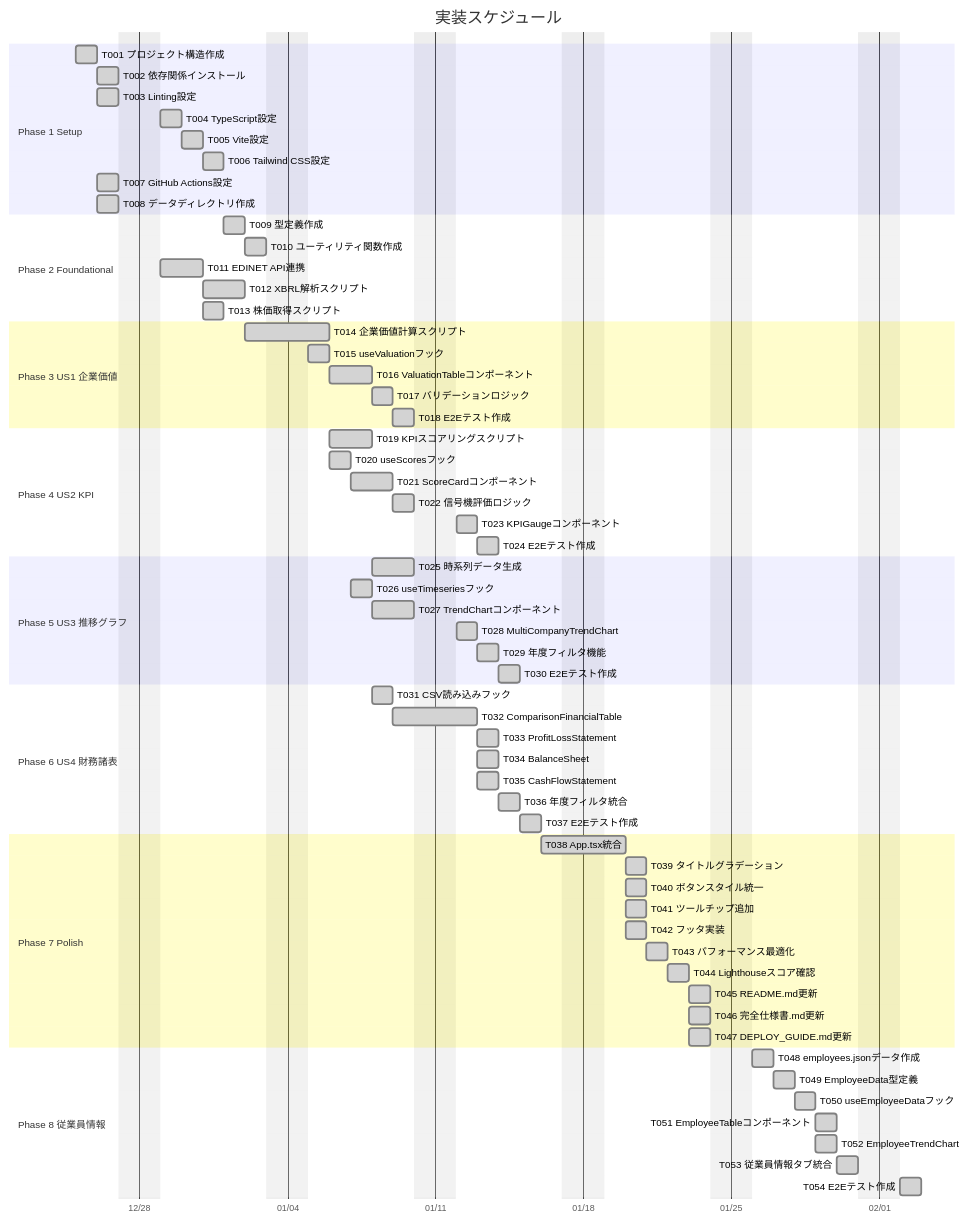
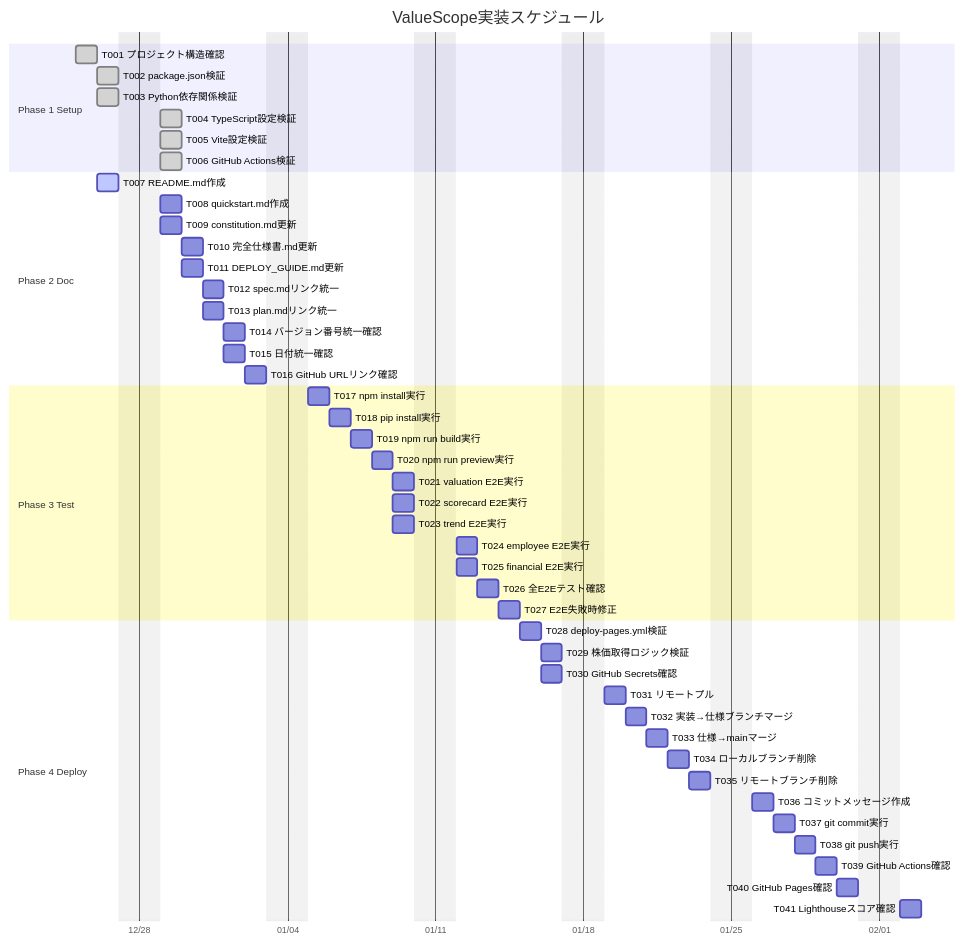
One commit to J1921604/ValueScope changed the diagram in specs/001-ValueScope/tasks.md. Above: the diagram before and after it, drawn with Mermaid. The commit also changed other lines of this file and 10 other files, not shown here.

````diff
--- a/specs/001-ValueScope/tasks.md
+++ b/specs/001-ValueScope/tasks.md
@@ -18,77 +145,56 @@
 ```mermaid
 gantt
-    title 実装スケジュール
+    title ValueScope実装スケジュール
     dateFormat YYYY-MM-DD
     axisFormat %m/%d
     excludes weekends
     
     section Phase 1 Setup
-    T001 プロジェクト構造作成           :done, p1_t001, 2025-12-25, 1d
-    T002 依存関係インストール           :done, p1_t002, after p1_t001, 1d
-    T003 Linting設定                   :done, p1_t003, after p1_t001, 1d
-    T004 TypeScript設定                :done, p1_t004, after p1_t002, 1d
-    T005 Vite設定                      :done, p1_t005, after p1_t004, 1d
-    T006 Tailwind CSS設定              :done, p1_t006, after p1_t005, 1d
-    T007 GitHub Actions設定            :done, p1_t007, after p1_t001, 1d
-    T008 データディレクトリ作成        :done, p1_t008, after p1_t001, 1d
+    T001 プロジェクト構造確認           :done, t001, 2025-12-25, 1d
+    T002 package.json検証              :done, t002, after t001, 1d
+    T003 Python依存関係検証            :done, t003, after t001, 1d
+    T004 TypeScript設定検証            :done, t004, after t002, 1d
+    T005 Vite設定検証                  :done, t005, after t002, 1d
+    T006 GitHub Actions検証            :done, t006, after t003, 1d
     
-    section Phase 2 Foundational
-    T009 型定義作成                    :done, p2_t009, after p1_t006, 1d
-    T010 ユーティリティ関数作成        :done, p2_t010, after p2_t009, 1d
-    T011 EDINET API連携                :done, p2_t011, after p1_t008, 2d
-    T012 XBRL解析スクリプト            :done, p2_t012, after p2_t011, 2d
-    T013 株価取得スクリプト            :done, p2_t013, after p2_t011, 1d
+    section Phase 2 Doc
+    T007 README.md作成                 :active, t007, 2025-12-26, 1d
+    T008 quickstart.md作成             :t008, after t007, 1d
+    T009 constitution.md更新           :t009, after t007, 1d
+    T010 完全仕様書.md更新             :t010, after t009, 1d
+    T011 DEPLOY_GUIDE.md更新           :t011, after t009, 1d
+    T012 spec.mdリンク統一             :t012, after t010, 0.5d
+    T013 plan.mdリンク統一             :t013, after t010, 0.5d
+    T014 バージョン番号統一確認        :t014, after t013, 0.5d
+    T015 日付統一確認                  :t015, after t013, 0.5d
+    T016 GitHub URLリンク確認          :t016, after t015, 1d
     
-    section Phase 3 US1 企業価値
-    T014 企業価値計算スクリプト        :done, p3_t014, after p2_t012, 2d
-    T015 useValuationフック            :done, p3_t015, after p2_t010, 1d
-    T016 ValuationTableコンポーネント  :done, p3_t016, after p3_t015, 2d
-    T017 バリデーションロジック        :done, p3_t017, after p3_t016, 1d
-    T018 E2Eテスト作成                 :done, p3_t018, after p3_t017, 1d
+    section Phase 3 Test
+    T017 npm install実行               :t017, 2026-01-05, 0.5d
+    T018 pip install実行               :t018, after t017, 0.5d
+    T019 npm run build実行             :t019, after t018, 0.5d
+    T020 npm run preview実行           :t020, after t019, 0.5d
+    T021 valuation E2E実行             :t021, after t020, 0.5d
+    T022 scorecard E2E実行             :t022, after t020, 0.5d
+    T023 trend E2E実行                 :t023, after t020, 0.5d
+    T024 employee E2E実行              :t024, after t023, 0.5d
+    T025 financial E2E実行             :t025, after t023, 0.5d
+    T026 全E2Eテスト確認               :t026, after t025, 1d
+    T027 E2E失敗時修正                 :t027, after t026, 1d
     
-    section Phase 4 US2 KPI
-    T019 KPIスコアリングスクリプト     :done, p4_t019, after p3_t014, 2d
-    T020 useScoresフック               :done, p4_t020, after p3_t015, 1d
-    T021 ScoreCardコンポーネント       :done, p4_t021, after p4_t020, 2d
-    T022 信号機評価ロジック            :done, p4_t022, after p4_t021, 1d
-    T023 KPIGaugeコンポーネント        :done, p4_t023, after p4_t022, 1d
-    T024 E2Eテスト作成                 :done, p4_t024, after p4_t023, 1d
-    
-    section Phase 5 US3 推移グラフ
-    T025 時系列データ生成              :done, p5_t025, after p4_t019, 2d
-    T026 useTimeseriesフック           :done, p5_t026, after p4_t020, 1d
-    T027 TrendChartコンポーネント      :done, p5_t027, after p5_t026, 2d
-    T028 MultiCompanyTrendChart        :done, p5_t028, after p5_t027, 1d
-    T029 年度フィルタ機能              :done, p5_t029, after p5_t028, 1d
-    T030 E2Eテスト作成                 :done, p5_t030, after p5_t029, 1d
-    
-    section Phase 6 US4 財務諸表
-    T031 CSV読み込みフック             :done, p6_t031, after p5_t026, 1d
-    T032 ComparisonFinancialTable      :done, p6_t032, after p6_t031, 2d
-    T033 ProfitLossStatement           :done, p6_t033, after p6_t032, 1d
-    T034 BalanceSheet                  :done, p6_t034, after p6_t032, 1d
-    T035 CashFlowStatement             :done, p6_t035, after p6_t032, 1d
-    T036 年度フィルタ統合              :done, p6_t036, after p6_t035, 1d
-    T037 E2Eテスト作成                 :done, p6_t037, after p6_t036, 1d
-    
-    section Phase 7 Polish
-    T038 App.tsx統合                   :done, p7_t038, after p6_t037, 2d
-    T039 タイトルグラデーション        :done, p7_t039, after p7_t038, 1d
-    T040 ボタンスタイル統一            :done, p7_t040, after p7_t038, 1d
-    T041 ツールチップ追加              :done, p7_t041, after p7_t038, 1d
-    T042 フッタ実装                    :done, p7_t042, after p7_t038, 1d
-    T043 パフォーマンス最適化          :done, p7_t043, after p7_t042, 1d
-    T044 Lighthouseスコア確認          :done, p7_t044, after p7_t043, 1d
-    T045 README.md更新                 :done, p7_t045, after p7_t044, 1d
-    T046 完全仕様書.md更新             :done, p7_t046, after p7_t044, 1d
-    T047 DEPLOY_GUIDE.md更新           :done, p7_t047, after p7_t044, 1d
-    
-    section Phase 8 従業員情報
-    T048 employees.jsonデータ作成      :done, p8_t048, after p7_t047, 1d
-    T049 EmployeeData型定義            :done, p8_t049, after p8_t048, 1d
-    T050 useEmployeeDataフック         :done, p8_t050, after p8_t049, 1d
-    T051 EmployeeTableコンポーネント   :done, p8_t051, after p8_t050, 1d
-    T052 EmployeeTrendChart            :done, p8_t052, after p8_t050, 1d
-    T053 従業員情報タブ統合            :done, p8_t053, after p8_t052, 1d
-    T054 E2Eテスト作成                 :done, p8_t054, after p8_t053, 1d
+    section Phase 4 Deploy
+    T028 deploy-pages.yml検証          :t028, after t027, 0.5d
+    T029 株価取得ロジック検証          :t029, after t028, 0.5d
+    T030 GitHub Secrets確認            :t030, after t028, 0.5d
+    T031 リモートプル                  :t031, after t030, 0.5d
+    T032 実装→仕様ブランチマージ      :t032, after t031, 0.5d
+    T033 仕様→mainマージ               :t033, after t032, 0.5d
+    T034 ローカルブランチ削除          :t034, after t033, 0.5d
+    T035 リモートブランチ削除          :t035, after t034, 0.5d
+    T036 コミットメッセージ作成        :t036, after t035, 0.5d
+    T037 git commit実行                :t037, after t036, 0.5d
+    T038 git push実行                  :t038, after t037, 0.5d
+    T039 GitHub Actions確認            :t039, after t038, 1d
+    T040 GitHub Pages確認              :t040, after t039, 0.5d
+    T041 Lighthouseスコア確認          :t041, after t040, 0.5d
 ```
````
